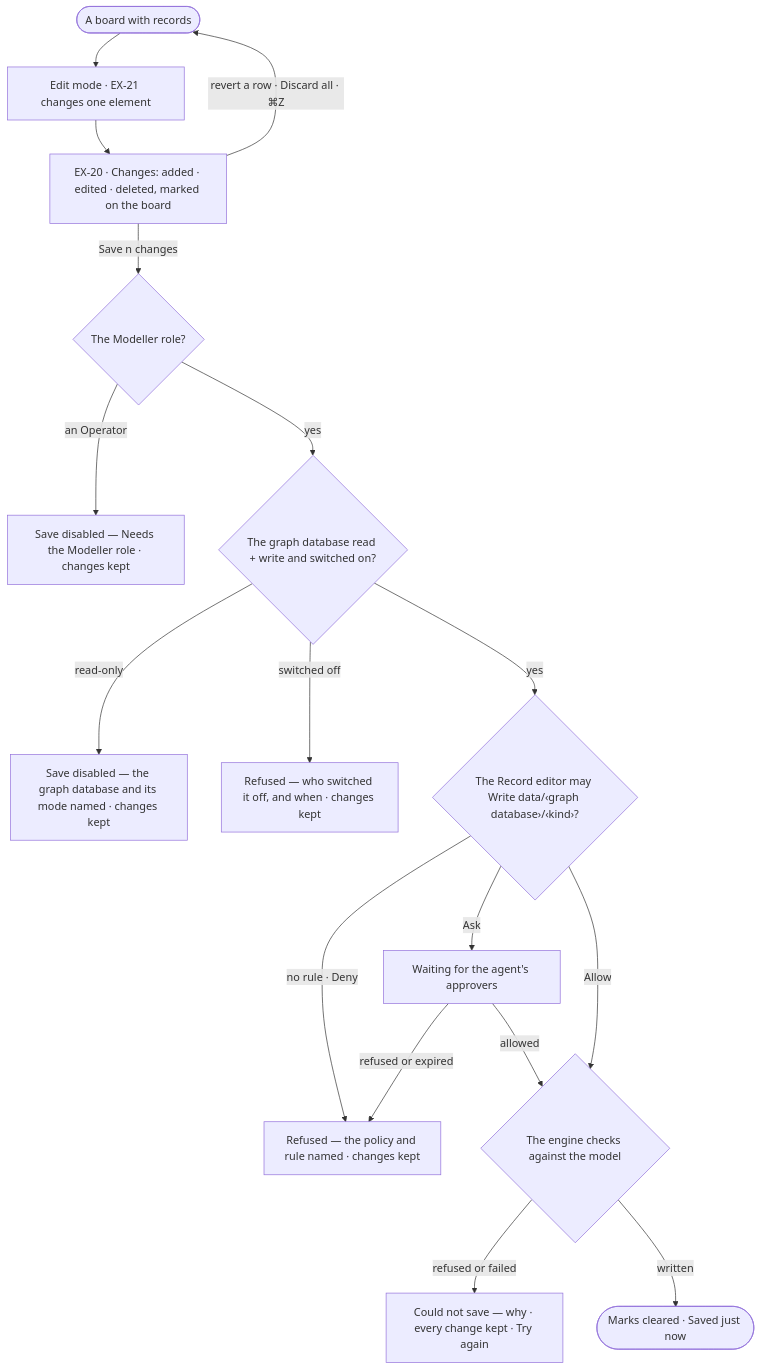
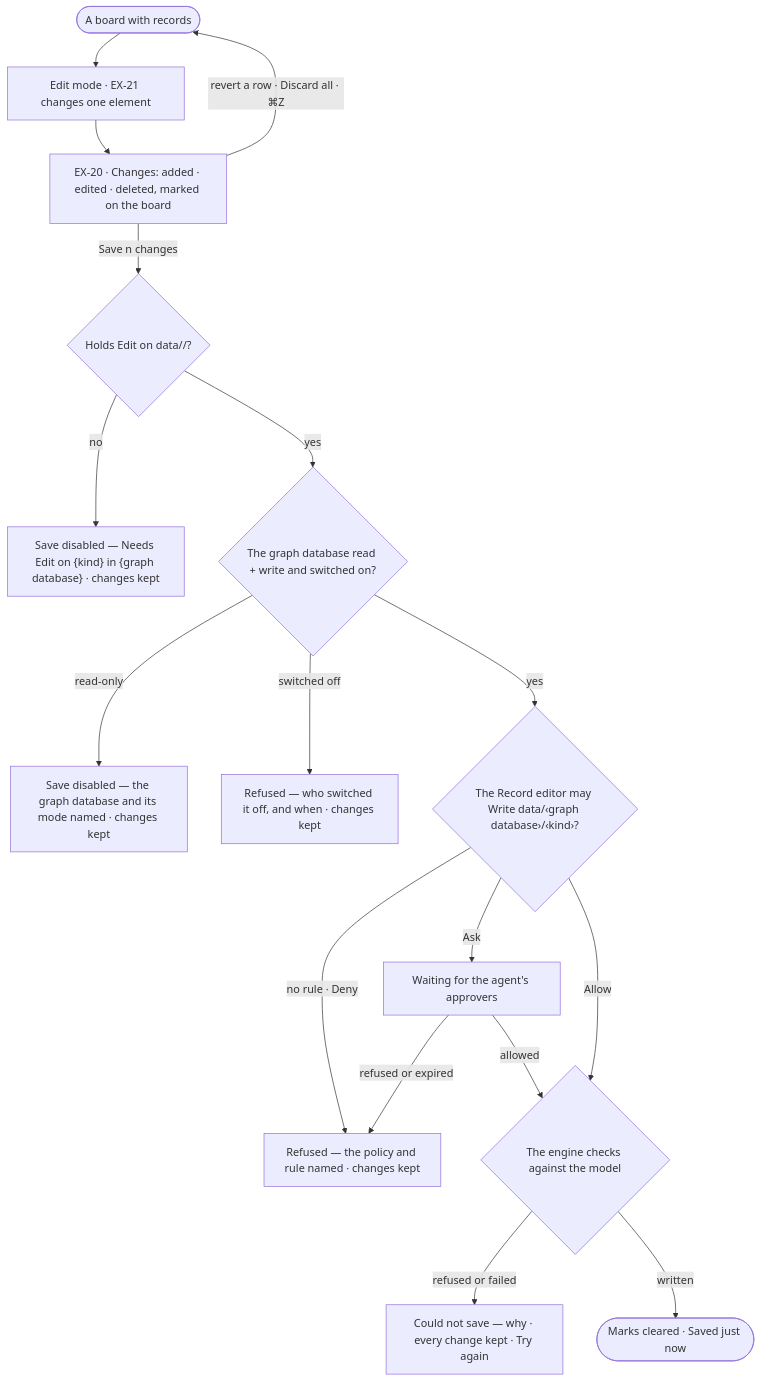
One commit to invana/invana changed the first of 2 diagrams in specs/capabilities/explore/features/EX-F06-annotate-and-edit-the-data/feature.md. Above: the diagram before and after it, drawn with Mermaid. The commit also changed other lines of this file and 456 other files, not shown here.

````diff
--- a/specs/capabilities/explore/features/EX-F06-annotate-and-edit-the-data/feature.md
+++ b/specs/capabilities/explore/features/EX-F06-annotate-and-edit-the-data/feature.md
@@ -24,19 +24,19 @@
 ```mermaid
 flowchart TD
   start([A board with records]) --> ed["Edit mode · EX-21 changes one element"]
   ed --> ch["EX-20 · Changes: added · edited · deleted, marked on the board"]
   ch -->|revert a row · Discard all · ⌘Z| start
-  ch -->|Save n changes| role{The Modeller role?}
-  role -->|an Operator| sd["Save disabled — Needs the Modeller role · changes kept"]
-  role -->|yes| mode{The graph database read + write and switched on?}
+  ch -->|Save n changes| gate{"Holds Edit on data/<graph database>/<kind>?"}
+  gate -->|no| sd["Save disabled — Needs Edit on {kind} in {graph database} · changes kept"]
+  gate -->|yes| mode{The graph database read + write and switched on?}
   mode -->|read-only| ro["Save disabled — the graph database and its mode named · changes kept"]
   mode -->|switched off| off["Refused — who switched it off, and when · changes kept"]
   mode -->|yes| pol{"The Record editor may Write data/‹graph database›/‹kind›?"}
   pol -->|no rule · Deny| pr["Refused — the policy and rule named · changes kept"]
   pol -->|Ask| ask["Waiting for the agent's approvers"]
   ask -->|refused or expired| pr
   ask -->|allowed| run
   pol -->|Allow| run{The engine checks against the model}
   run -->|refused or failed| sf["Could not save — why · every change kept · Try again"]
   run -->|written| saved(["Marks cleared · Saved just now"])
 ```
````
